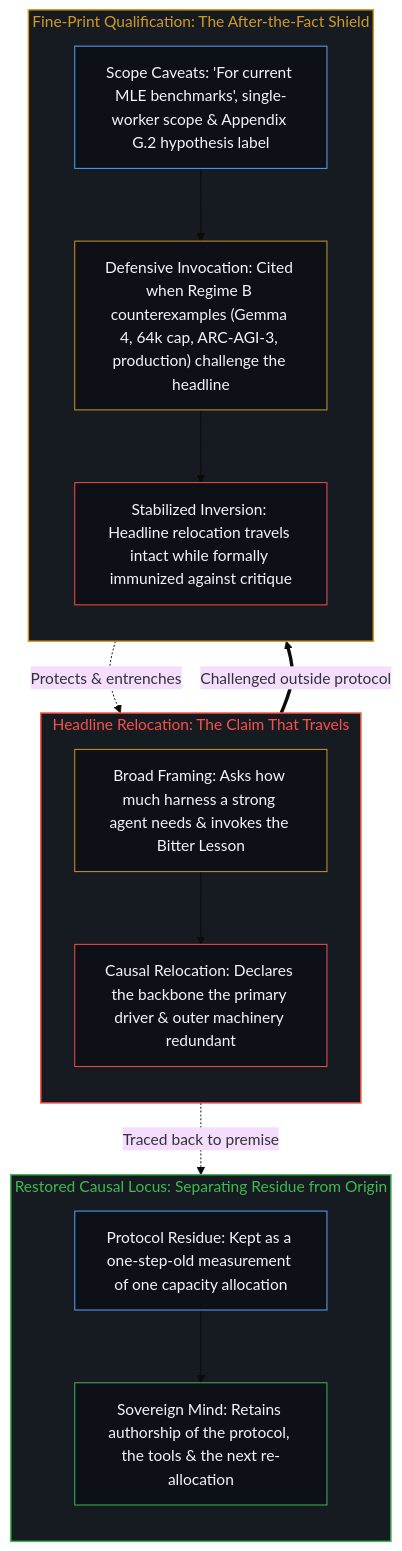
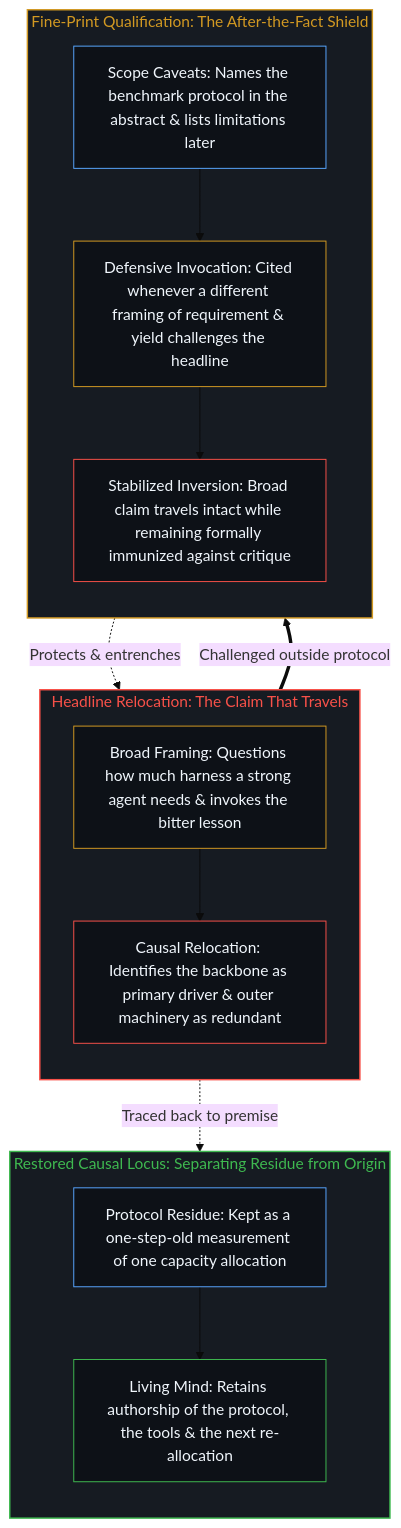
Before and after one commit to powerpig99/not-a-toe: the fourth of 4 diagrams in content/posts/the-comparison-that-relocates-the-cause.md, drawn with Mermaid (base theme). The commit also changed other lines of this file and 4 other files, not shown here.

````diff
--- a/content/posts/the-comparison-that-relocates-the-cause.md
+++ b/content/posts/the-comparison-that-relocates-the-cause.md
@@ -141,35 +141,35 @@
 ```mermaid
 flowchart TD
     subgraph S_Move["Headline Relocation: The Claim That Travels"]
         direction TB
-        H_Title["Broad Framing: Asks how much harness a strong agent needs & invokes the Bitter Lesson"]
-        H_Loc["Causal Relocation: Declares the backbone the primary driver & outer machinery redundant"]
+        H_Title["Broad Framing: Questions how much harness a strong agent needs & invokes the bitter lesson"]
+        H_Loc["Causal Relocation: Identifies the backbone as primary driver & outer machinery as redundant"]
         H_Title --> H_Loc
     end
     subgraph S_Print["Fine-Print Qualification: The After-the-Fact Shield"]
         direction TB
-        F_Qual["Scope Caveats: 'For current MLE benchmarks', single-worker scope & Appendix G.2 hypothesis label"]
-        F_Def["Defensive Invocation: Cited when Regime B counterexamples (Gemma 4, 64k cap, ARC-AGI-3, production) challenge the headline"]
-        F_Stab["Stabilized Inversion: Headline relocation travels intact while formally immunized against critique"]
+        F_Qual["Scope Caveats: Names the benchmark protocol in the abstract & lists limitations later"]
+        F_Def["Defensive Invocation: Cited whenever a different framing of requirement & yield challenges the headline"]
+        F_Stab["Stabilized Inversion: Broad claim travels intact while remaining formally immunized against critique"]
         F_Qual --> F_Def --> F_Stab
     end
     subgraph S_Clear["Restored Causal Locus: Separating Residue from Origin"]
         direction TB
         C_Res["Protocol Residue: Kept as a one-step-old measurement of one capacity allocation"]
-        C_Edge["Sovereign Mind: Retains authorship of the protocol, the tools & the next re-allocation"]
+        C_Edge["Living Mind: Retains authorship of the protocol, the tools & the next re-allocation"]
         C_Res --> C_Edge
     end
     H_Loc ==>|"Challenged outside protocol"| F_Def
     F_Stab -.->|"Protects & entrenches"| H_Loc
     H_Loc -.->|"Traced back to premise"| C_Res
     style S_Move fill:#161b22,stroke:#f85149,stroke-width:1.5px,color:#f85149
     style S_Print fill:#161b22,stroke:#d29922,stroke-width:1.5px,color:#d29922
     style S_Clear fill:#161b22,stroke:#3fb950,stroke-width:1.5px,color:#3fb950
     style H_Title fill:#0d1117,stroke:#d29922,stroke-width:1px,color:#f0f6fc
     style H_Loc fill:#0d1117,stroke:#f85149,stroke-width:1px,color:#f0f6fc
     style F_Qual fill:#0d1117,stroke:#58a6ff,stroke-width:1px,color:#f0f6fc
     style F_Def fill:#0d1117,stroke:#d29922,stroke-width:1px,color:#f0f6fc
     style F_Stab fill:#0d1117,stroke:#f85149,stroke-width:1px,color:#f0f6fc
     style C_Res fill:#0d1117,stroke:#58a6ff,stroke-width:1px,color:#f0f6fc
     style C_Edge fill:#0d1117,stroke:#3fb950,stroke-width:1px,color:#f0f6fc
 ```
````
